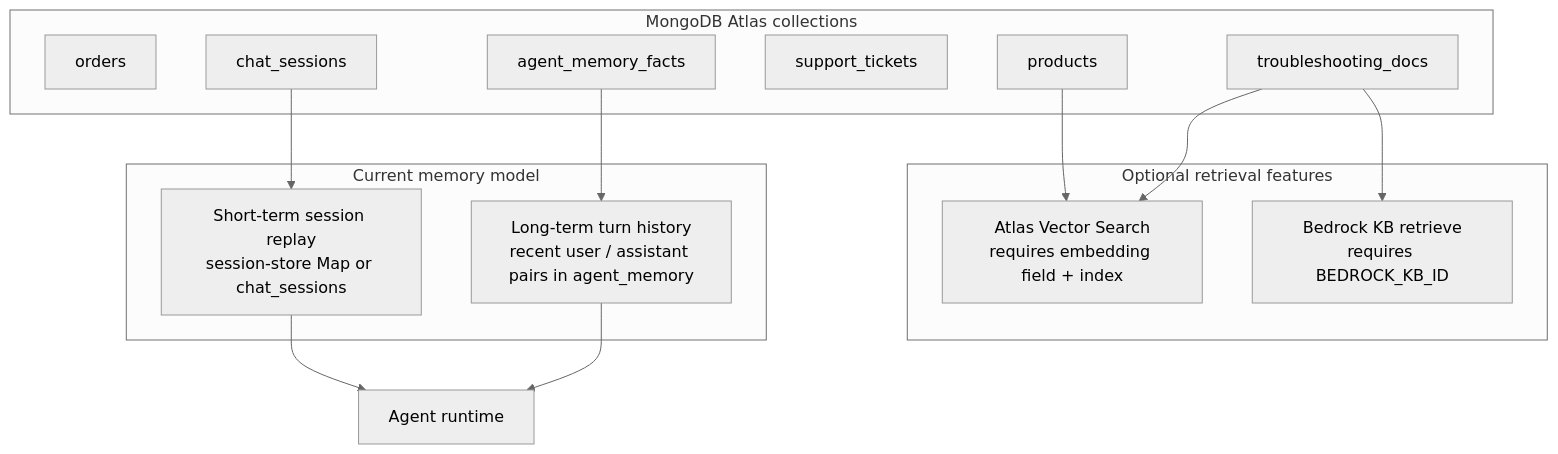
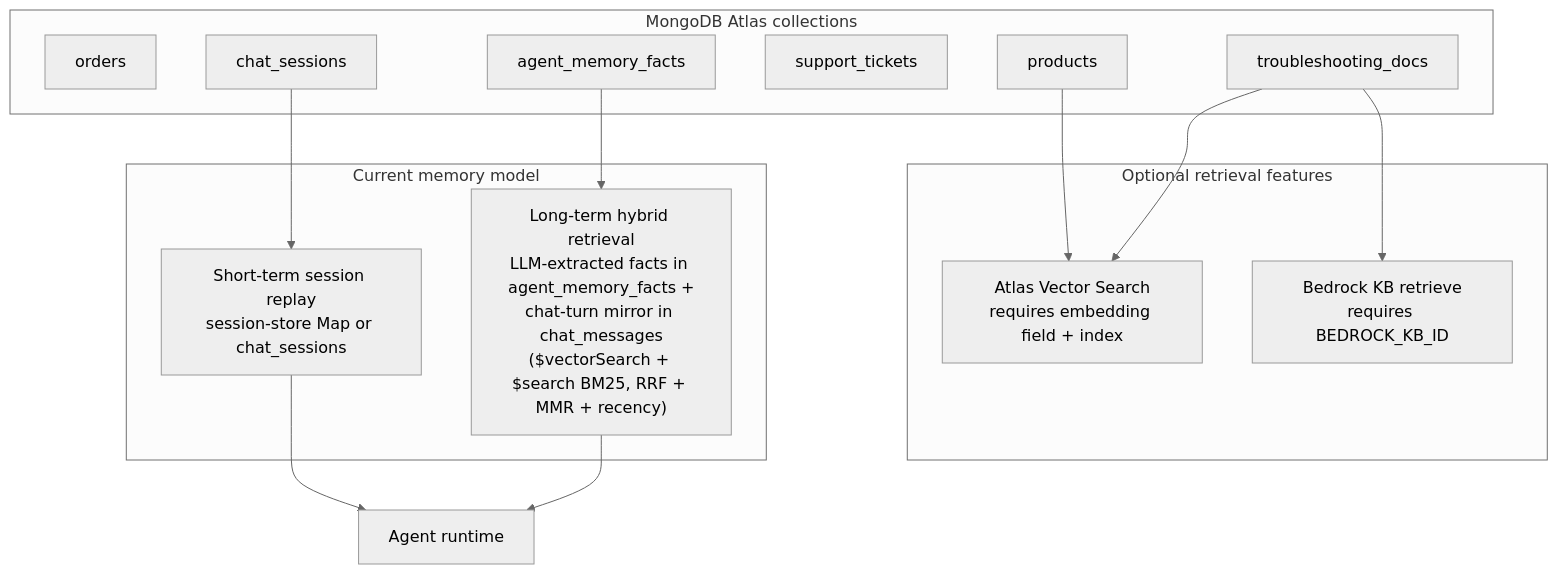
Before and after one commit to mongodb-partners/Multi-Agent-Architectural-Guidance-Bedrock-AgentCore: the fourth of 4 diagrams in docs/client/technical-approach.md, drawn with Mermaid (neutral theme). The commit also changed other lines of this file and 102 other files, not shown here.

Commit message:
deploy-agent; long term memory using vector search; in chat, show citations for search results

````diff
--- a/docs/client/technical-approach.md
+++ b/docs/client/technical-approach.md
@@ -86,29 +86,29 @@
 ```mermaid
 flowchart TD
     subgraph AtlasCollections ["MongoDB Atlas collections"]
         Orders["orders"]
         Products["products"]
         TroubleDocs["troubleshooting_docs"]
         Tickets["support_tickets"]
         AgentMem["agent_memory_facts"]
         ChatSessions["chat_sessions"]
     end
 
     subgraph RetrievalFeatures ["Optional retrieval features"]
         Vector["Atlas Vector Search\nrequires embedding field + index"]
         KbRetrieve["Bedrock KB retrieve\nrequires BEDROCK_KB_ID"]
     end
 
     subgraph MemoryModel ["Current memory model"]
         ShortTerm["Short-term session replay\nsession-store Map or chat_sessions"]
-        LongTerm["Long-term turn history\nrecent user / assistant pairs in agent_memory"]
+        LongTerm["Long-term hybrid retrieval\nLLM-extracted facts in agent_memory_facts +\nchat-turn mirror in chat_messages\n($vectorSearch + $search BM25, RRF + MMR + recency)"]
     end
 
     Products --> Vector
     TroubleDocs --> Vector
     TroubleDocs --> KbRetrieve
     ChatSessions --> ShortTerm
     AgentMem --> LongTerm
     ShortTerm --> Runtime["Agent runtime"]
     LongTerm --> Runtime
 ```
````
